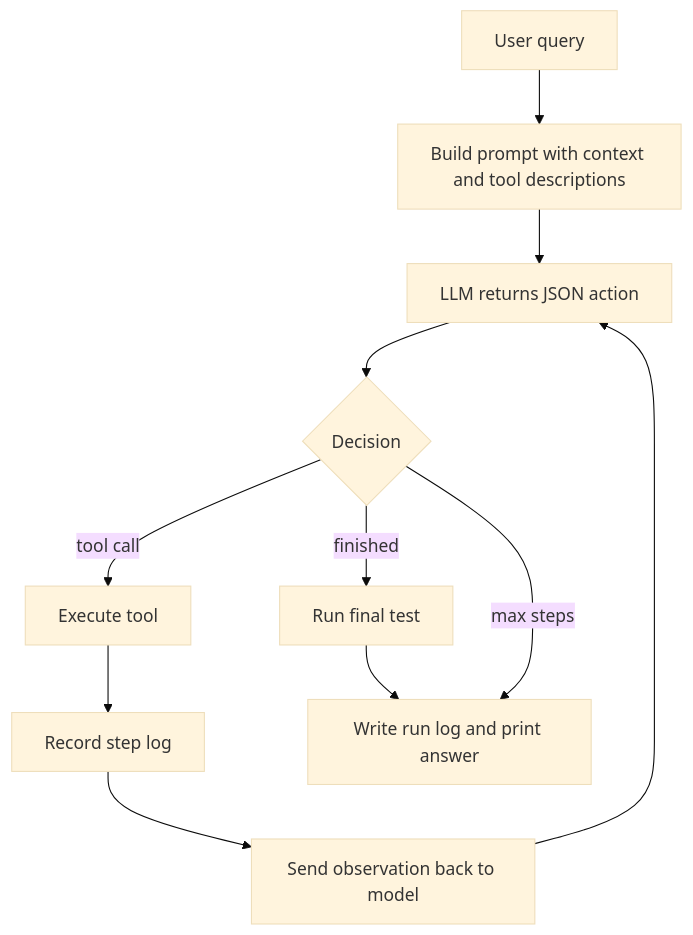
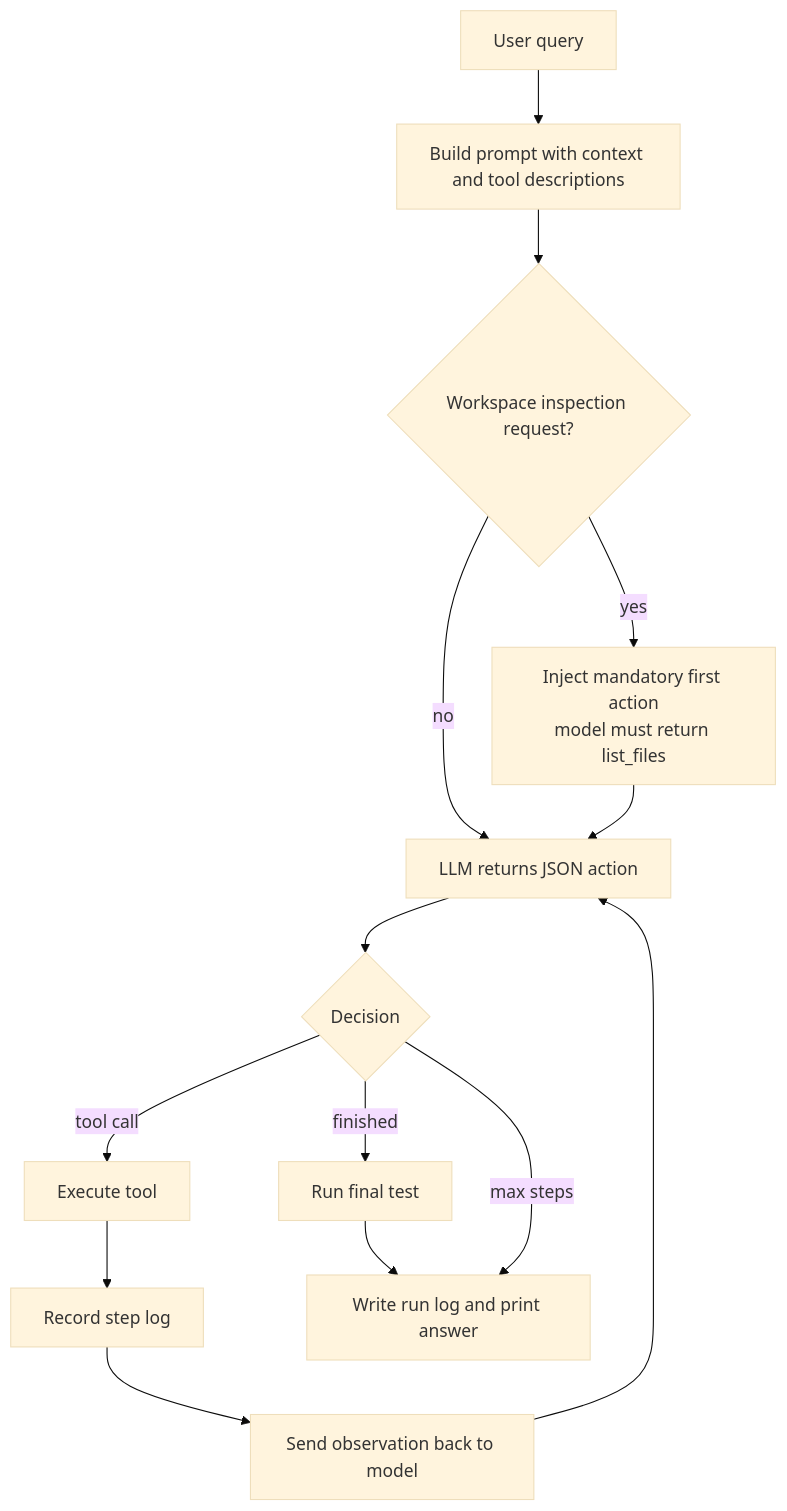
The first of 10 diagrams in README.md (Cachuela11/MiniCode), drawn with Mermaid (base theme) before and after one commit. The commit also changed other lines of this file and 4 other files, not shown here.

````diff
--- a/README.md
+++ b/README.md
@@ -57,13 +59,16 @@
 ```mermaid
 flowchart TD
     A[User query] --> B[Build prompt with context and tool descriptions]
-    B --> C[LLM returns JSON action]
+    B --> P{Workspace inspection request?}
+    P -->|yes| Q[Inject mandatory first action<br/>model must return list_files]
+    P -->|no| C[LLM returns JSON action]
+    Q --> C
     C --> D{Decision}
     D -->|tool call| E[Execute tool]
     E --> F[Record step log]
     F --> G[Send observation back to model]
     G --> C
     D -->|finished| H[Run final test]
     H --> I[Write run log and print answer]
     D -->|max steps| I
 ```
````
